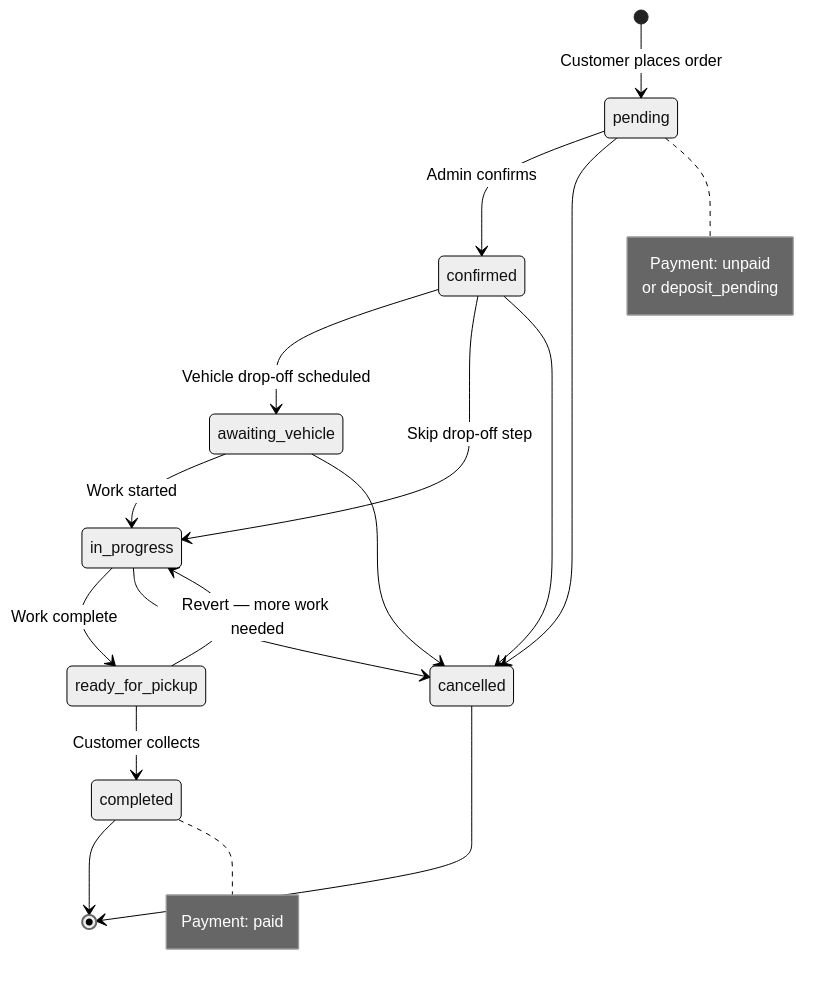
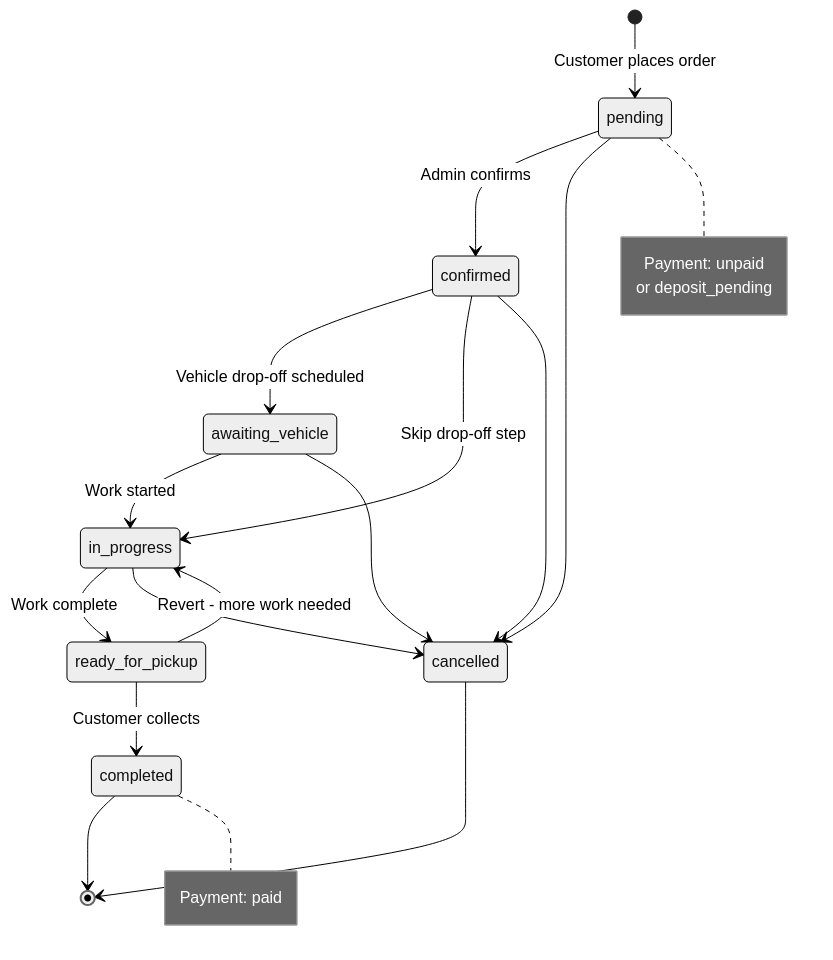
Before and after one commit to Mohammad-AlBaker-Zaytoun/jilber_car_tune_store: the second of 7 diagrams in README.md, drawn with Mermaid (neutral theme). The commit also changed other lines of this file, not shown here.

Commit message:
fix: update README for improved route descriptions and diagram clarity

````diff
--- a/README.md
+++ b/README.md
@@ -143,31 +143,31 @@
 ```mermaid
 stateDiagram-v2
     [*] --> pending : Customer places order
 
     pending --> confirmed : Admin confirms
     pending --> cancelled
 
     confirmed --> awaiting_vehicle : Vehicle drop-off scheduled
     confirmed --> in_progress : Skip drop-off step
     confirmed --> cancelled
 
     awaiting_vehicle --> in_progress : Work started
     awaiting_vehicle --> cancelled
 
     in_progress --> ready_for_pickup : Work complete
     in_progress --> cancelled
 
     ready_for_pickup --> completed : Customer collects
-    ready_for_pickup --> in_progress : Revert — more work needed
+    ready_for_pickup --> in_progress : Revert - more work needed
 
     completed --> [*]
     cancelled --> [*]
 
     note right of pending
         Payment: unpaid
         or deposit_pending
     end note
     note right of completed
         Payment: paid
     end note
 ```
````
